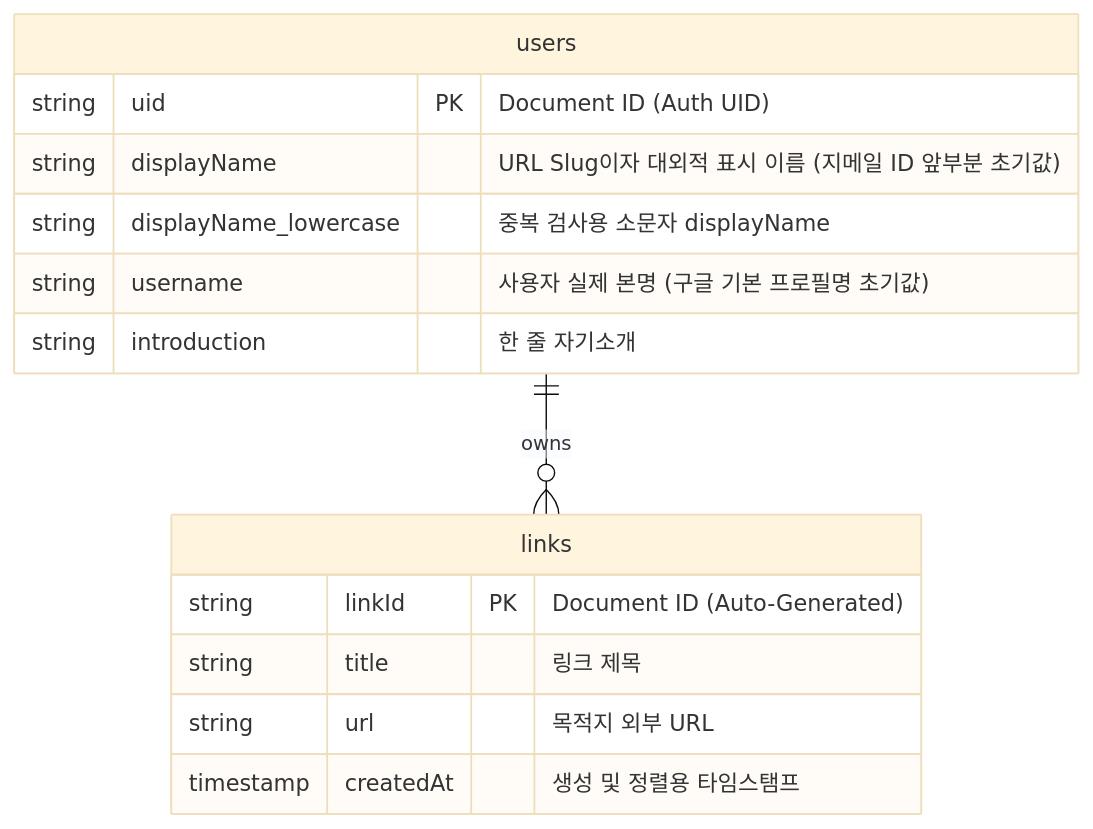
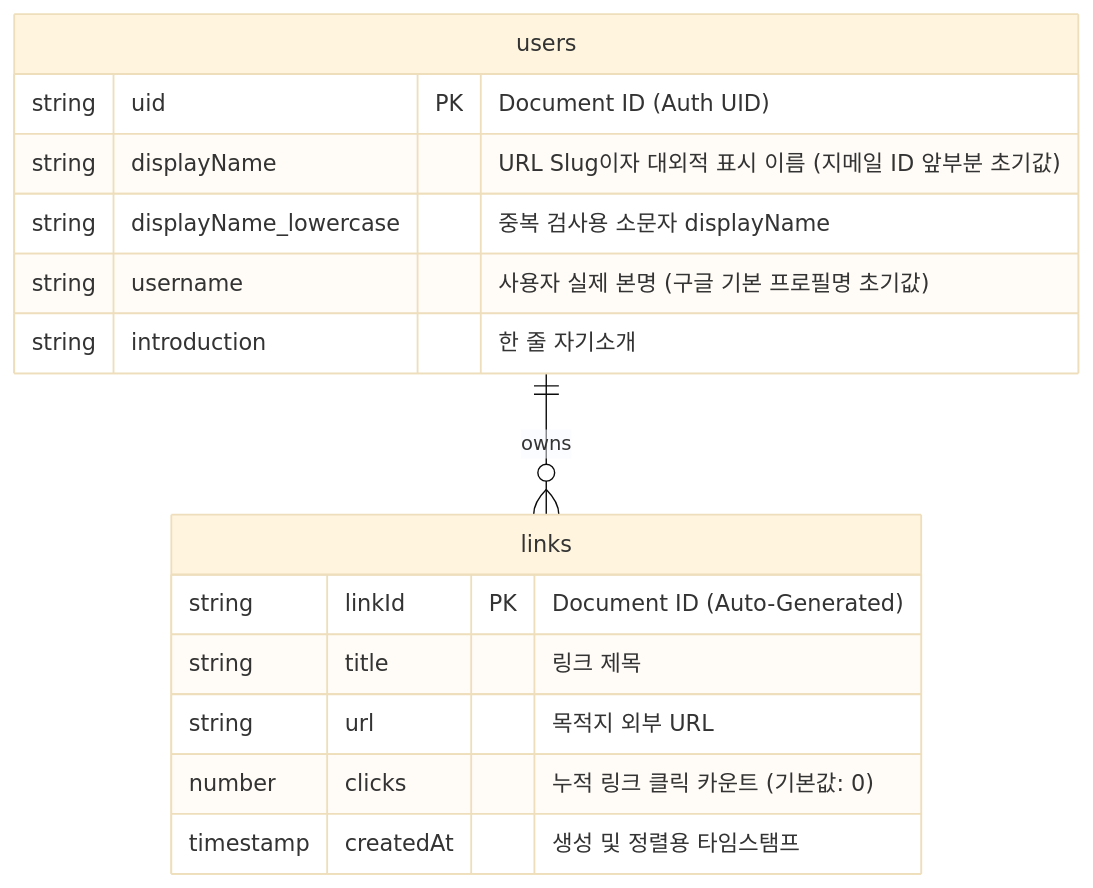
One commit to hyeonjeong1213/my-link changed the diagram in docs/DATABASE_MODELING.md. Above: the diagram before and after it, drawn with Mermaid (base theme). The commit also changed other lines of this file and 1 other file, not shown here.

Commit message:
[docs] 사용자 시나리오(USER_SCENARIO.md) 포맷 정교화 및 clicks 클릭수 모델링 추가

````diff
--- a/docs/DATABASE_MODELING.md
+++ b/docs/DATABASE_MODELING.md
@@ -13,18 +15,19 @@
 ```mermaid
 erDiagram
     users {
         string uid PK "Document ID (Auth UID)"
         string displayName "URL Slug이자 대외적 표시 이름 (지메일 ID 앞부분 초기값)"
         string displayName_lowercase "중복 검사용 소문자 displayName"
         string username "사용자 실제 본명 (구글 기본 프로필명 초기값)"
         string introduction "한 줄 자기소개"
     }
     links {
         string linkId PK "Document ID (Auto-Generated)"
         string title "링크 제목"
         string url "목적지 외부 URL"
+        number clicks "누적 링크 클릭 카운트 (기본값: 0)"
         timestamp createdAt "생성 및 정렬용 타임스탬프"
     }
 
     users ||--o{ links : "owns"
 ```
````
